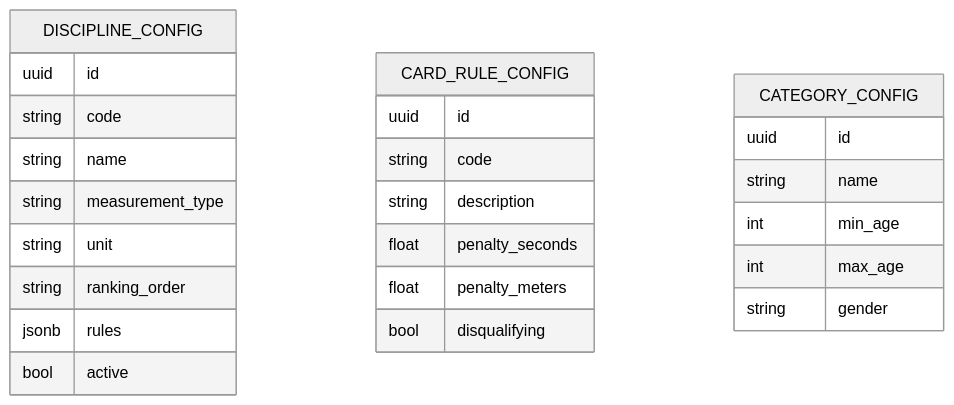
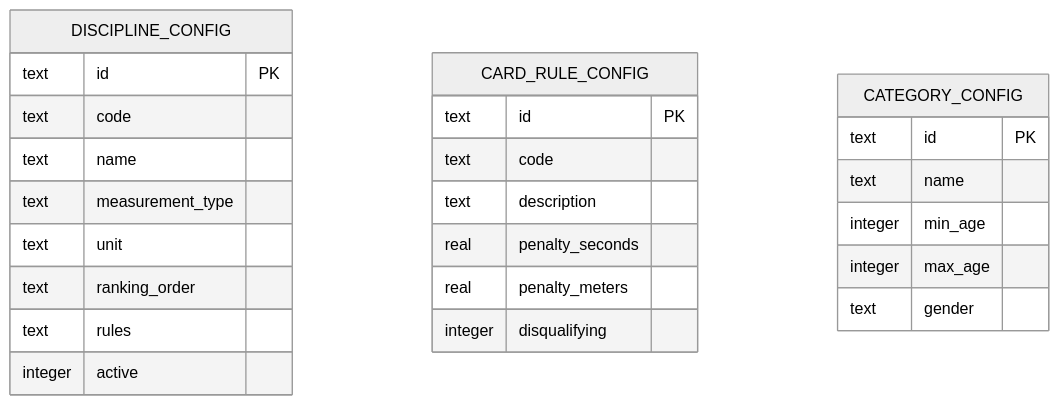
The diagram in docs/adr/ADR-004-reglas-como-datos.md (vvalotto/ataraxiadive), drawn with Mermaid (neutral theme) before and after one commit. The commit also changed other lines of this file and 3 other files, not shown here.

````diff
--- a/docs/adr/ADR-004-reglas-como-datos.md
+++ b/docs/adr/ADR-004-reglas-como-datos.md
@@ -47,30 +61,30 @@
 ```mermaid
 erDiagram
     DISCIPLINE_CONFIG {
-        uuid id
-        string code
-        string name
-        string measurement_type
-        string unit
-        string ranking_order
-        jsonb rules
-        bool active
+        text id PK
+        text code
+        text name
+        text measurement_type
+        text unit
+        text ranking_order
+        text rules
+        integer active
     }
 
     CARD_RULE_CONFIG {
-        uuid id
-        string code
-        string description
-        float penalty_seconds
-        float penalty_meters
-        bool disqualifying
+        text id PK
+        text code
+        text description
+        real penalty_seconds
+        real penalty_meters
+        integer disqualifying
     }
 
     CATEGORY_CONFIG {
-        uuid id
-        string name
-        int min_age
-        int max_age
-        string gender
+        text id PK
+        text name
+        integer min_age
+        integer max_age
+        text gender
     }
 ```
````
